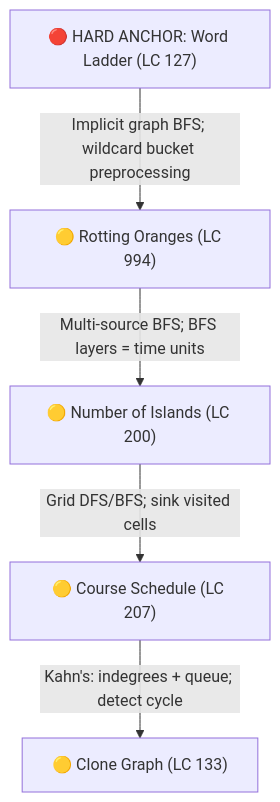
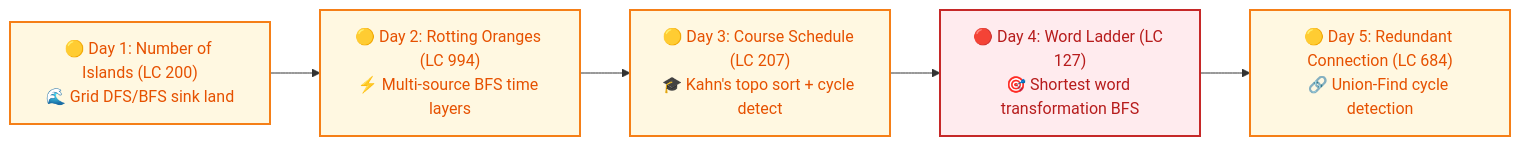
Before and after one commit to dip4k/DSA_102: the seventh of 19 diagrams in Senior_dsa_question_list.md, drawn with Mermaid. The commit also changed other lines of this file and 332 other files, not shown here.

````diff
--- a/Senior_dsa_question_list.md
+++ b/Senior_dsa_question_list.md
@@ -207,7 +250,14 @@
 ```mermaid
-flowchart TD
-    A["🔴 HARD ANCHOR: Word Ladder (LC 127)"] -->|"Implicit graph BFS; wildcard bucket preprocessing"| B["🟡 Rotting Oranges (LC 994)"]
-    B -->|"Multi-source BFS; BFS layers = time units"| C["🟡 Number of Islands (LC 200)"]
-    C -->|"Grid DFS/BFS; sink visited cells"| D["🟡 Course Schedule (LC 207)"]
-    D -->|"Kahn's: indegrees + queue; detect cycle"| E["🟡 Clone Graph (LC 133)"]
+flowchart LR
+    classDef startNode fill:#e8f5e9,stroke:#2e7d32,stroke-width:2px,color:#1b5e20
+    classDef midNode fill:#fff8e1,stroke:#f57f17,stroke-width:2px,color:#e65100
+    classDef hardNode fill:#ffebee,stroke:#c62828,stroke-width:2px,color:#b71c1c
+
+    A["🟡 Day 1: Number of Islands (LC 200)<br/>🌊 Grid DFS/BFS sink land"]:::midNode
+    B["🟡 Day 2: Rotting Oranges (LC 994)<br/>⚡ Multi-source BFS time layers"]:::midNode
+    C["🟡 Day 3: Course Schedule (LC 207)<br/>🎓 Kahn's topo sort + cycle detect"]:::midNode
+    D["🔴 Day 4: Word Ladder (LC 127)<br/>🎯 Shortest word transformation BFS"]:::hardNode
+    E["🟡 Day 5: Redundant Connection (LC 684)<br/>🔗 Union-Find cycle detection"]:::midNode
+
+    A --> B --> C --> D --> E
 ```
````
